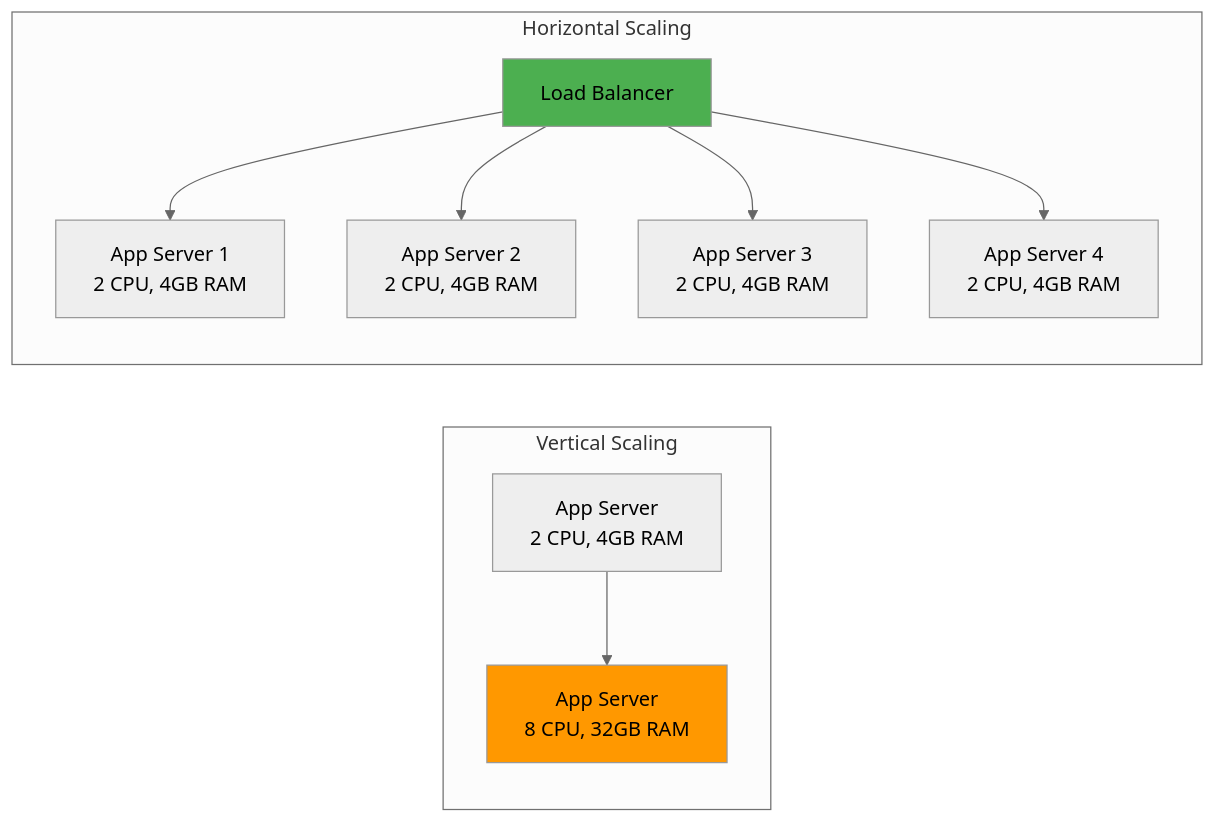
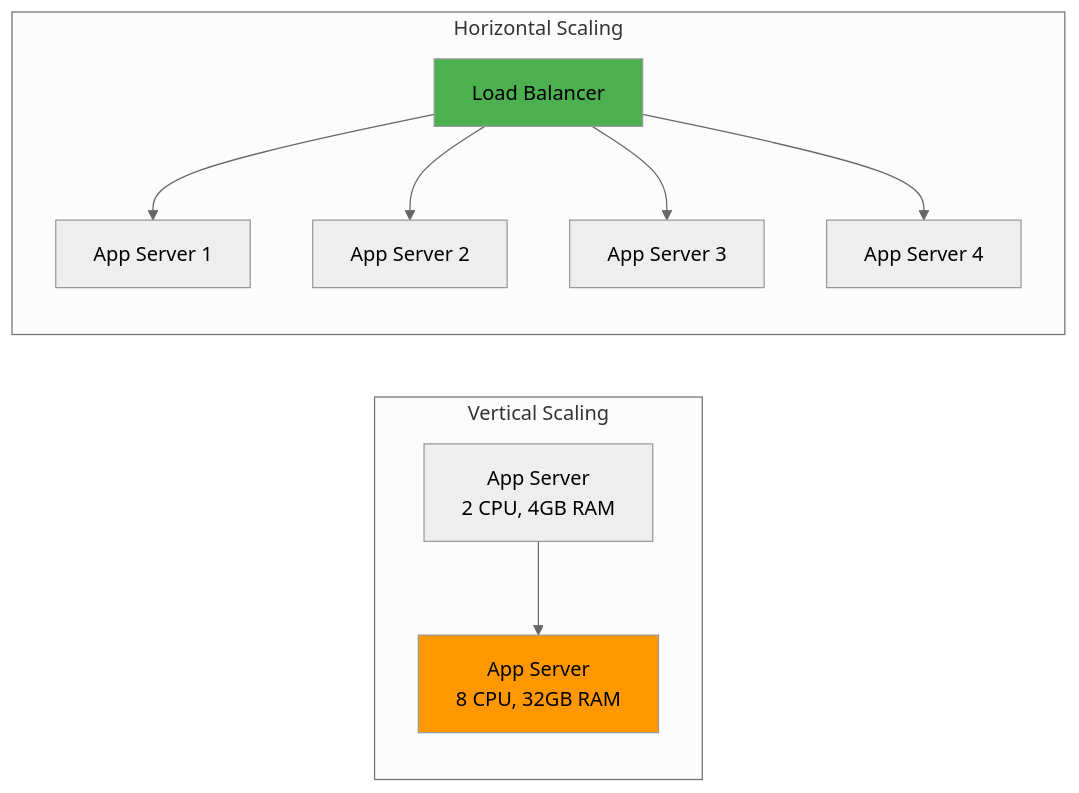
One commit to stratpoint-engineering/ultimate-ai-agents changed diagram 11 of 12 in agents/claude/engineering/architecture/solution-architect.md. Above: the diagram before and after it, drawn with Mermaid (neutral theme). The commit also changed other lines of this file and 4 other files, not shown here.

First line of the commit message:
Sync Gemini solution-architect to Claude version with full workflow and ADR structure

````diff
--- a/agents/claude/engineering/architecture/solution-architect.md
+++ b/agents/claude/engineering/architecture/solution-architect.md
@@ -395,21 +813,16 @@
 ```mermaid
 graph LR
     subgraph Vertical Scaling
-        V1[App Server<br/>2 CPU, 4GB RAM] --> V2[App Server<br/>8 CPU, 32GB RAM]
+        V1[App Server\n2 CPU, 4GB RAM] --> V2[App Server\n8 CPU, 32GB RAM]
     end
 
     subgraph Horizontal Scaling
-        H1[App Server 1<br/>2 CPU, 4GB RAM]
-        H2[App Server 2<br/>2 CPU, 4GB RAM]
-        H3[App Server 3<br/>2 CPU, 4GB RAM]
-        H4[App Server 4<br/>2 CPU, 4GB RAM]
-
-        LB[Load Balancer] --> H1
-        LB --> H2
-        LB --> H3
-        LB --> H4
+        LB[Load Balancer] --> H1[App Server 1]
+        LB --> H2[App Server 2]
+        LB --> H3[App Server 3]
+        LB --> H4[App Server 4]
     end
 
     style V2 fill:#ff9800
     style LB fill:#4caf50
 ```
````
